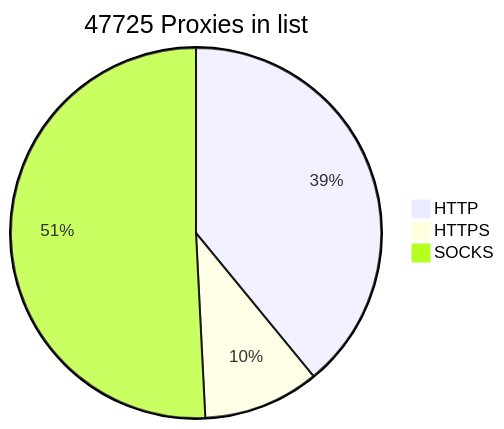
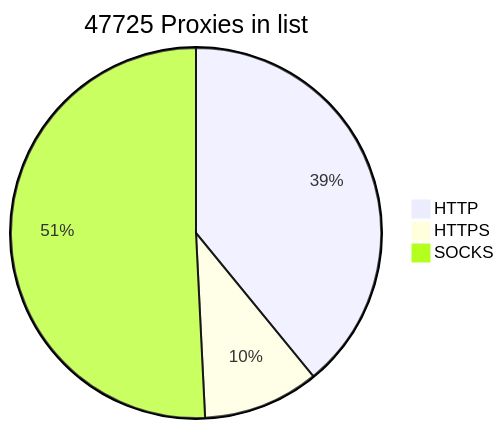
The diagram in README.md (BlackSnowDot/proxylist-update-every-minute), drawn with Mermaid before and after one commit.

````diff
--- a/README.md
+++ b/README.md
@@ -2,6 +2,6 @@
 ```mermaid
 pie title 47725 Proxies in list
-    "HTTP" : 20461
+    "HTTP" : 20479
     "HTTPS": 5310
     "SOCKS" : 26612
 ```
````
